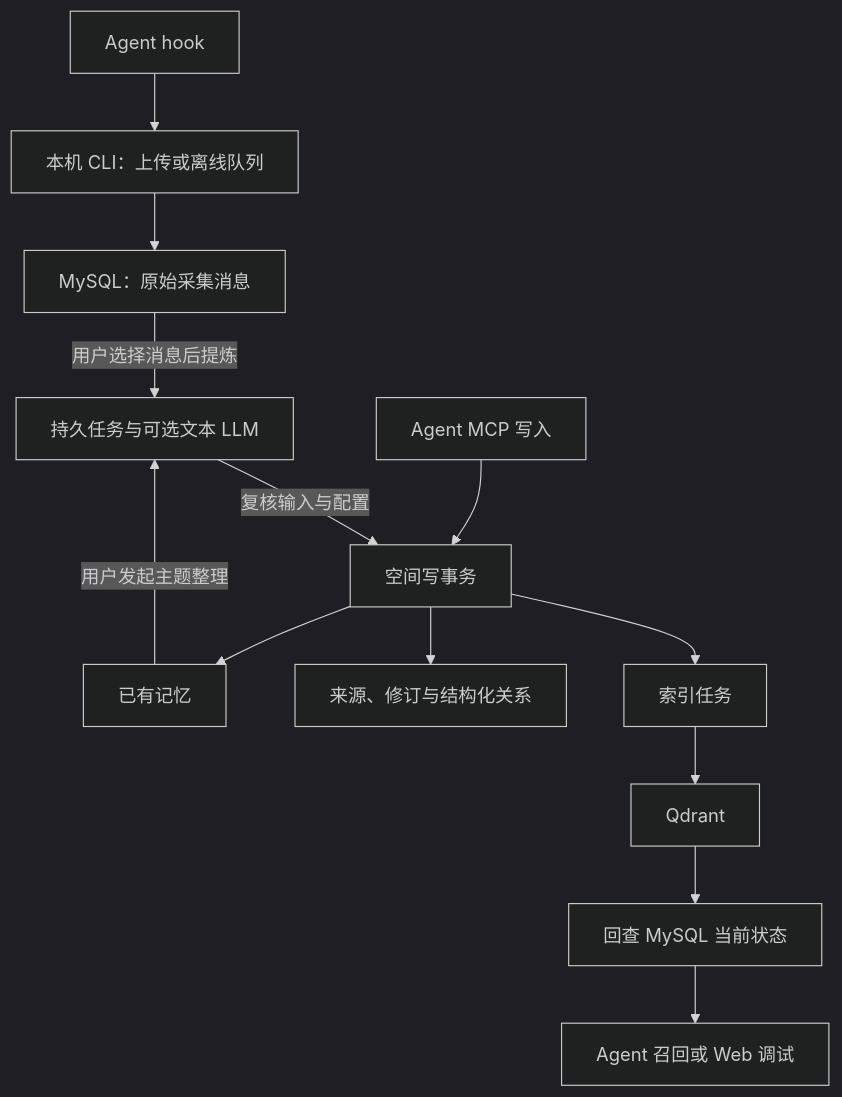
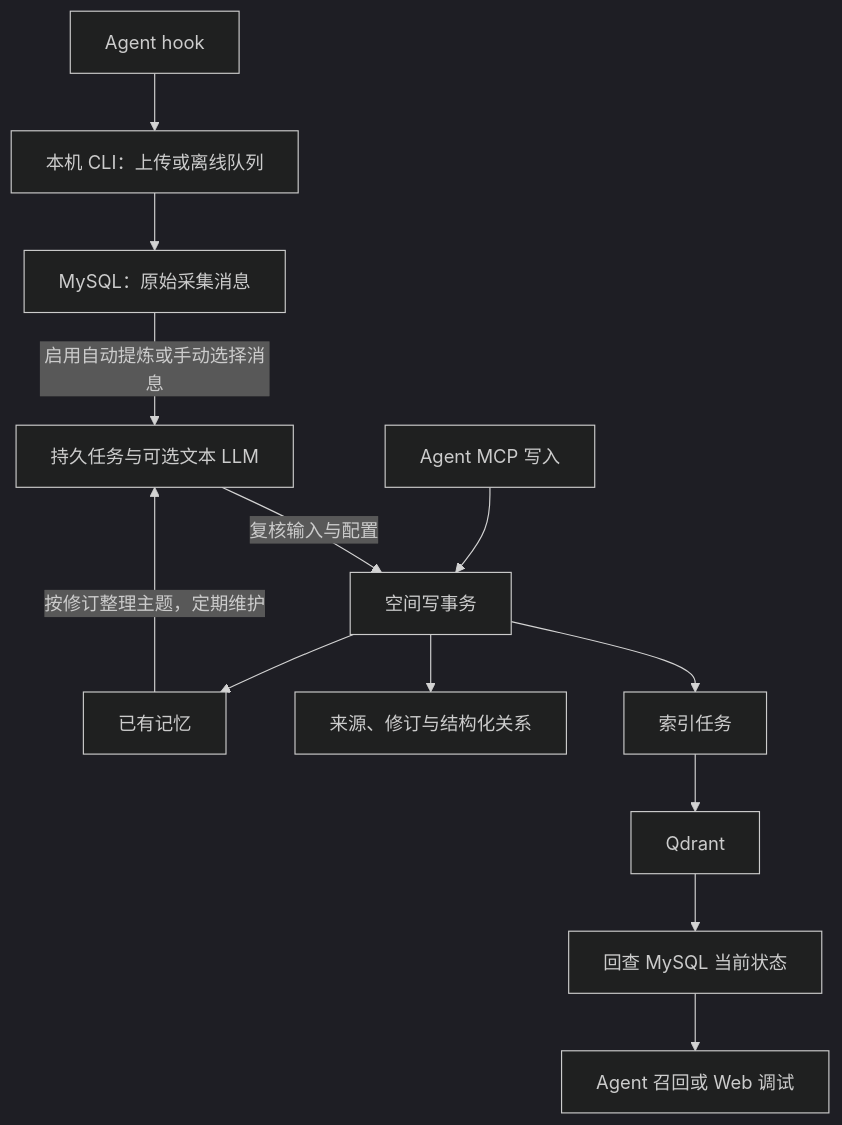
Before and after one commit to kirito41dd/chromie: the diagram in wiki/架构与数据流.md, drawn with Mermaid (dark theme). The commit also changed other lines of this file and 73 other files, not shown here.

````diff
--- a/wiki/架构与数据流.md
+++ b/wiki/架构与数据流.md
@@ -21,15 +21,15 @@
 ```mermaid
 flowchart TD
     H[Agent hook] --> C[本机 CLI：上传或离线队列]
     C --> E[MySQL：原始采集消息]
     A[Agent MCP 写入] --> W[空间写事务]
-    E -->|用户选择消息后提炼| L[持久任务与可选文本 LLM]
-    M[已有记忆] -->|用户发起主题整理| L
+    E -->|启用自动提炼或手动选择消息| L[持久任务与可选文本 LLM]
+    M[已有记忆] -->|按修订整理主题，定期维护| L
     L -->|复核输入与配置| W
     W --> M
     W --> R[来源、修订与结构化关系]
     W --> O[索引任务]
     O --> Q[Qdrant]
     Q --> V[回查 MySQL 当前状态]
     V --> B[Agent 召回或 Web 调试]
 ```
````
